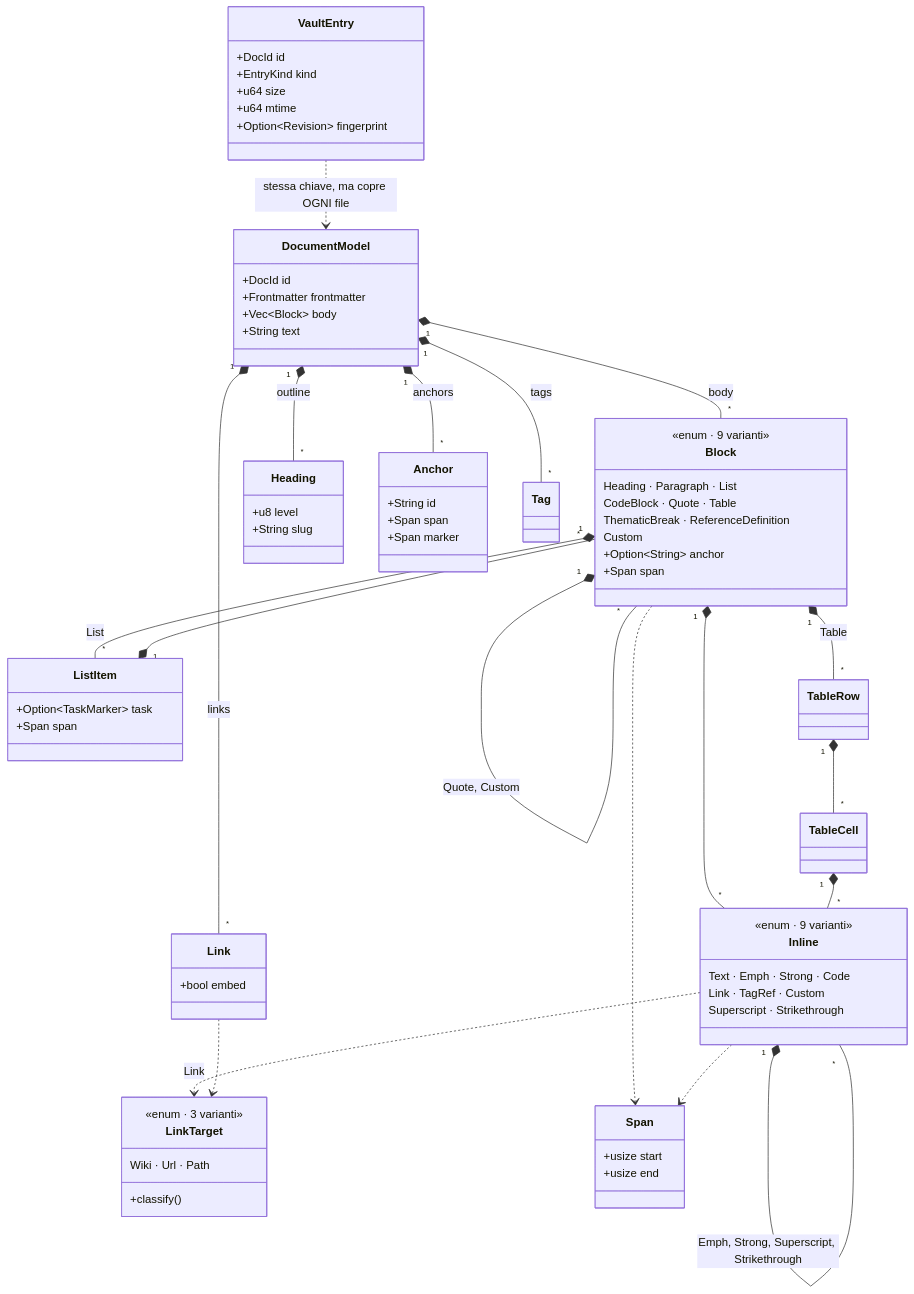
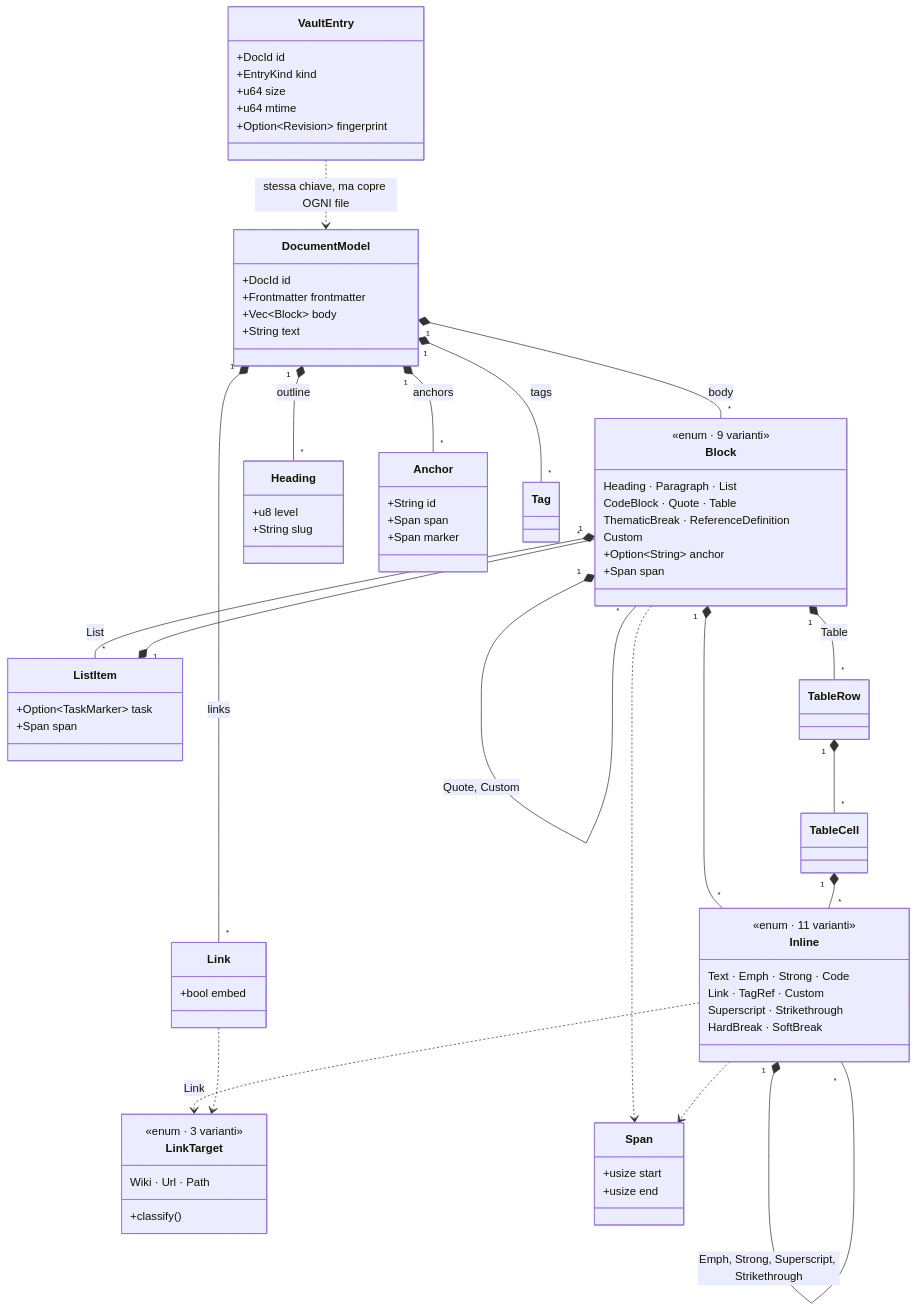
The first of 2 diagrams in docs/architecture/data-model.md (Fubeo/Fub), drawn with Mermaid before and after one commit. The commit also changed other lines of this file and 8 other files, not shown here.

````diff
--- a/docs/architecture/data-model.md
+++ b/docs/architecture/data-model.md
@@ -172,79 +172,80 @@
 ```mermaid
 classDiagram
     direction TB
     class DocumentModel {
         +DocId id
         +Frontmatter frontmatter
         +Vec~Block~ body
         +String text
     }
     class Block {
         <<enum · 9 varianti>>
         Heading · Paragraph · List
         CodeBlock · Quote · Table
         ThematicBreak · ReferenceDefinition
         Custom
         +Option~String~ anchor
         +Span span
     }
     class Inline {
-        <<enum · 9 varianti>>
+        <<enum · 11 varianti>>
         Text · Emph · Strong · Code
         Link · TagRef · Custom
         Superscript · Strikethrough
+        HardBreak · SoftBreak
     }
     class LinkTarget {
         <<enum · 3 varianti>>
         Wiki · Url · Path
         +classify()
     }
     class ListItem {
         +Option~TaskMarker~ task
         +Span span
     }
     class TableRow
     class TableCell
     class Heading {
         +u8 level
         +String slug
     }
     class Anchor {
         +String id
         +Span span
         +Span marker
     }
     class Link {
         +bool embed
     }
     class Tag
     class Span {
         +usize start
         +usize end
     }
     class VaultEntry {
         +DocId id
         +EntryKind kind
         +u64 size
         +u64 mtime
         +Option~Revision~ fingerprint
     }
 
     DocumentModel "1" *-- "*" Block : body
     DocumentModel "1" *-- "*" Heading : outline
     DocumentModel "1" *-- "*" Link : links
     DocumentModel "1" *-- "*" Tag : tags
     DocumentModel "1" *-- "*" Anchor : anchors
     Block "1" *-- "*" Inline
     Block "1" *-- "*" Block : Quote, Custom
     Block "1" *-- "*" ListItem : List
     Block "1" *-- "*" TableRow : Table
     ListItem "1" *-- "*" Block
     TableRow "1" *-- "*" TableCell
     TableCell "1" *-- "*" Inline
     Inline "1" *-- "*" Inline : Emph, Strong, Superscript, Strikethrough
     Inline ..> LinkTarget : Link
     Link ..> LinkTarget
     Block ..> Span
     Inline ..> Span
     VaultEntry ..> DocumentModel : stessa chiave, ma copre OGNI file
 ```
````
